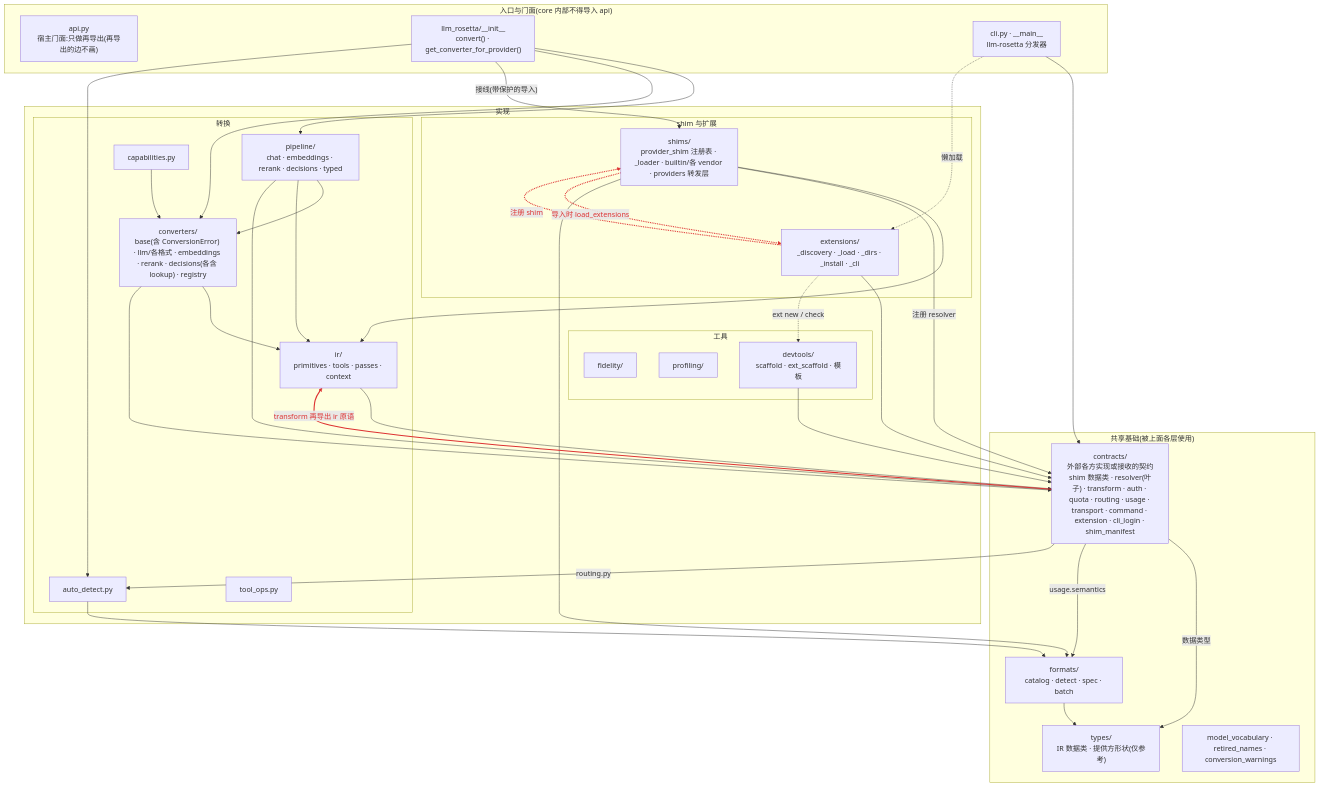
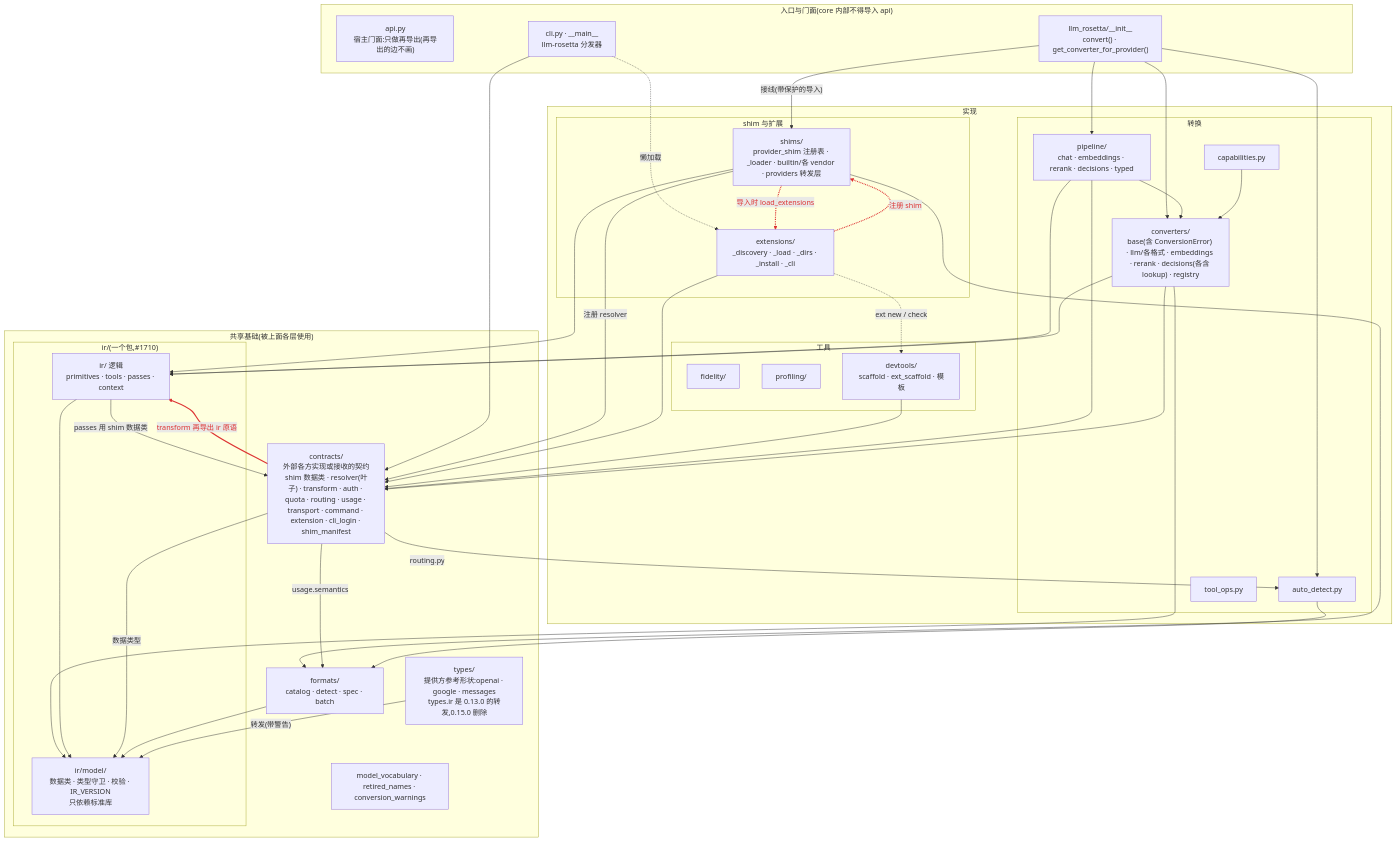
Before and after one commit to Oaklight/llm-rosetta: the diagram in core.mmd, drawn with Mermaid. The commit also changed 4 other files, not shown here.

First line of the commit message:
docs: core diagram after #1710 (IR is one package)

```diff
--- a/core.mmd
+++ b/core.mmd
@@ -1,64 +1,70 @@
 flowchart TB
   subgraph FACADE["入口与门面(core 内部不得导入 api)"]
     API["api.py<br/>宿主门面:只做再导出(再导出的边不画)"]
     INIT["llm_rosetta/__init__<br/>convert() · get_converter_for_provider()"]
     CLI["cli.py · __main__<br/>llm-rosetta 分发器"]
   end
   subgraph IMPL["实现"]
     subgraph CONV["转换"]
       PIPE["pipeline/<br/>chat · embeddings · rerank · decisions · typed"]
       CVT["converters/<br/>base(含 ConversionError) · llm/各格式 · embeddings · rerank · decisions(各含 lookup) · registry"]
-      IR["ir/<br/>primitives · tools · passes · context"]
       DET["auto_detect.py"]
       CAP["capabilities.py"]
       TOOL["tool_ops.py"]
     end
     subgraph SHIMEXT["shim 与扩展"]
       SHIM["shims/<br/>provider_shim 注册表 · _loader · builtin/各 vendor · providers 转发层"]
       EXTS["extensions/<br/>_discovery · _load · _dirs · _install · _cli"]
     end
     subgraph TOOLS["工具"]
       FID["fidelity/"]
       PROF["profiling/"]
       DEV["devtools/<br/>scaffold · ext_scaffold · 模板"]
     end
   end
   subgraph FOUND["共享基础(被上面各层使用)"]
+    subgraph IRCORE["ir/(一个包,#1710)"]
+      IRMODEL["ir/model/<br/>数据类 · 类型守卫 · 校验 · IR_VERSION<br/>只依赖标准库"]
+      IROPS["ir/ 逻辑<br/>primitives · tools · passes · context"]
+    end
     CON["contracts/<br/>外部各方实现或接收的契约<br/>shim 数据类 · resolver(叶子) · transform · auth · quota · routing · usage · transport · command · extension · cli_login · shim_manifest"]
     FMT["formats/<br/>catalog · detect · spec · batch"]
-    TYP["types/<br/>IR 数据类 · 提供方形状(仅参考)"]
     VOCAB["model_vocabulary · retired_names · conversion_warnings"]
+    REF["types/<br/>提供方参考形状:openai · google · messages<br/>types.ir 是 0.13.0 的转发,0.15.0 删除"]
   end
 
 
   INIT --> PIPE
   INIT --> CVT
   INIT -->|"接线(带保护的导入)"| SHIM
   INIT --> DET
   CLI --> CON
   CLI -.->|"懒加载"| EXTS
   PIPE --> CVT
-  PIPE --> IR
+  PIPE --> IROPS
   PIPE --> CON
-  CVT --> IR
+  CVT --> IROPS
+  CVT --> IRMODEL
   CVT --> CON
-  IR --> CON
-  SHIM --> IR
+  IROPS --> IRMODEL
+  IROPS -->|"passes 用 shim 数据类"| CON
+  SHIM --> IROPS
   SHIM -->|"注册 resolver"| CON
   SHIM --> FMT
   SHIM -.->|"导入时 load_extensions"| EXTS
   EXTS -.->|"注册 shim"| SHIM
   EXTS --> CON
   EXTS -.->|"ext new / check"| DEV
-  CON -->|"数据类型"| TYP
+  CON -->|"数据类型"| IRMODEL
   CON -->|"usage.semantics"| FMT
   CON -->|"routing.py"| DET
-  CON -->|"transform 再导出 ir 原语"| IR
+  CON -->|"transform 再导出 ir 原语"| IROPS
   DET --> FMT
-  FMT --> TYP
+  FMT --> IRMODEL
   CAP --> CVT
   DEV --> CON
+  REF -->|"转发(带警告)"| IRMODEL
 
-  linkStyle 15 stroke:#d33,stroke-width:2.5px,color:#d33
-  linkStyle 16 stroke:#d33,stroke-width:2.5px,color:#d33
-  linkStyle 22 stroke:#d33,stroke-width:2.5px,color:#d33
+  linkStyle 17 stroke:#d33,stroke-width:2.5px,color:#d33
+  linkStyle 18 stroke:#d33,stroke-width:2.5px,color:#d33
+  linkStyle 24 stroke:#d33,stroke-width:2.5px,color:#d33
```
